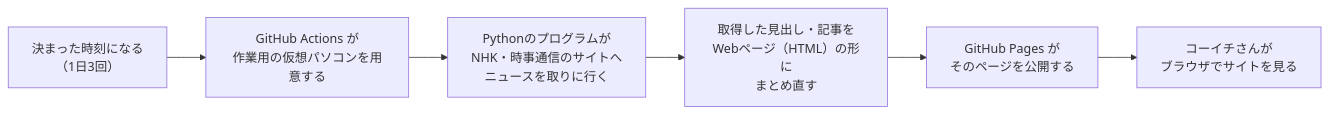
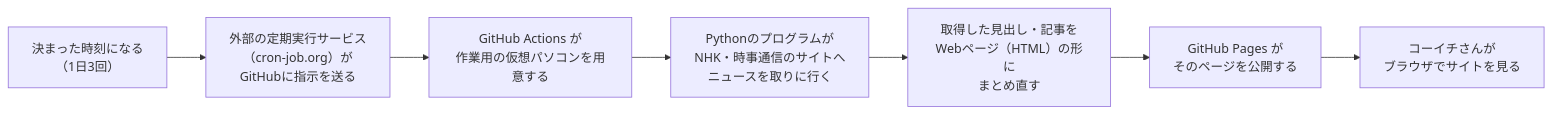
One commit to Koichi51-Takahashi/NewsGatherWeb changed the diagram in docs/HOW_IT_WORKS.md. Above: the diagram before and after it, drawn with Mermaid. The commit also changed other lines of this file and 1 other file, not shown here.

First line of the commit message:
定期実行をGitHub内蔵scheduleから外部cron-job.org方式へ切り替え

````diff
--- a/docs/HOW_IT_WORKS.md
+++ b/docs/HOW_IT_WORKS.md
@@ -28,8 +28,9 @@
 ```mermaid
 flowchart LR
-    A["決まった時刻になる<br>（1日3回）"] --> B["GitHub Actions が<br>作業用の仮想パソコンを用意する"]
+    Z["決まった時刻になる<br>（1日3回）"] --> A["外部の定期実行サービス<br>（cron-job.org）が<br>GitHubに指示を送る"]
+    A --> B["GitHub Actions が<br>作業用の仮想パソコンを用意する"]
     B --> C["Pythonのプログラムが<br>NHK・時事通信のサイトへ<br>ニュースを取りに行く"]
     C --> D["取得した見出し・記事を<br>Webページ（HTML）の形に<br>まとめ直す"]
     D --> E["GitHub Pages が<br>そのページを公開する"]
     E --> F["コーイチさんが<br>ブラウザでサイトを見る"]
 ```
````
